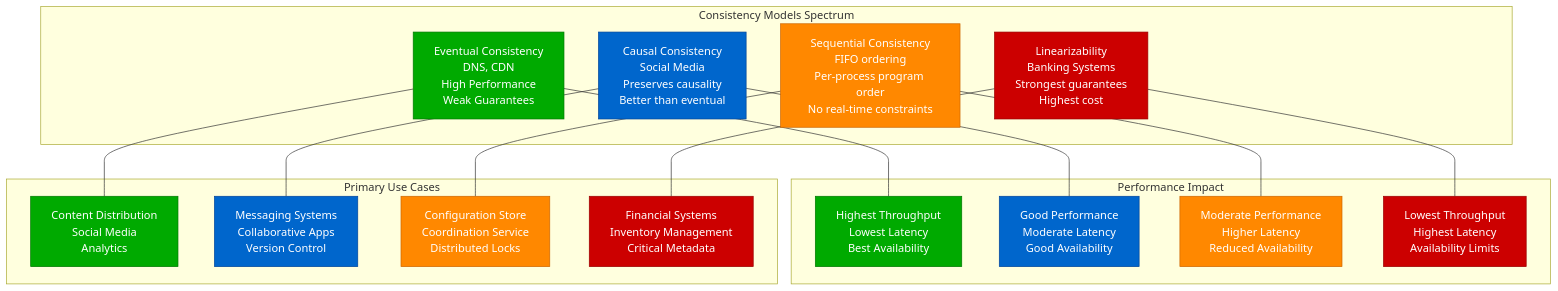
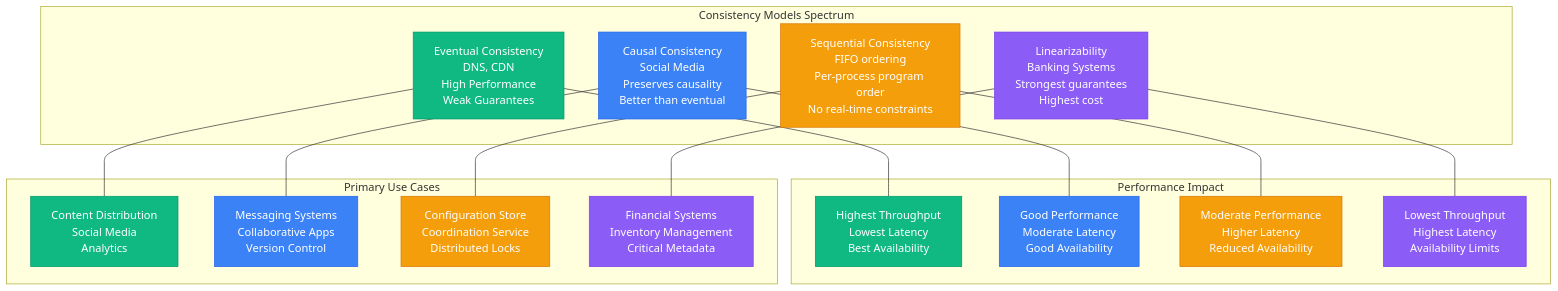
One commit to deepaucksharma/DS changed the first of 11 diagrams in site/docs/guarantees/linearizability/linearizability-tradeoffs.md. Above: the diagram before and after it, drawn with Mermaid. The commit also changed other lines of this file and 303 other files, not shown here.

````diff
--- a/site/docs/guarantees/linearizability/linearizability-tradeoffs.md
+++ b/site/docs/guarantees/linearizability/linearizability-tradeoffs.md
@@ -9,46 +9,46 @@
 ```mermaid
 graph TB
     subgraph ConsistencyModels[Consistency Models Spectrum]
         EC[Eventual Consistency<br/>DNS, CDN<br/>High Performance<br/>Weak Guarantees]
 
         CC[Causal Consistency<br/>Social Media<br/>Preserves causality<br/>Better than eventual]
 
         SC[Sequential Consistency<br/>FIFO ordering<br/>Per-process program order<br/>No real-time constraints]
 
         LC[Linearizability<br/>Banking Systems<br/>Strongest guarantees<br/>Highest cost]
     end
 
     subgraph PerformanceAxis[Performance Impact]
         P1[Highest Throughput<br/>Lowest Latency<br/>Best Availability]
         P2[Good Performance<br/>Moderate Latency<br/>Good Availability]
         P3[Moderate Performance<br/>Higher Latency<br/>Reduced Availability]
         P4[Lowest Throughput<br/>Highest Latency<br/>Availability Limits]
     end
 
     subgraph UseCases[Primary Use Cases]
         U1[Content Distribution<br/>Social Media<br/>Analytics]
         U2[Messaging Systems<br/>Collaborative Apps<br/>Version Control]
         U3[Configuration Store<br/>Coordination Service<br/>Distributed Locks]
         U4[Financial Systems<br/>Inventory Management<br/>Critical Metadata]
     end
 
     EC --- P1
     CC --- P2
     SC --- P3
     LC --- P4
 
     EC --- U1
     CC --- U2
     SC --- U3
     LC --- U4
 
-    classDef eventualStyle fill:#00AA00,stroke:#007700,color:#fff
-    classDef causalStyle fill:#0066CC,stroke:#004499,color:#fff
-    classDef sequentialStyle fill:#FF8800,stroke:#CC6600,color:#fff
-    classDef linearStyle fill:#CC0000,stroke:#990000,color:#fff
+    classDef eventualStyle fill:#10B981,stroke:#059669,color:#fff
+    classDef causalStyle fill:#3B82F6,stroke:#2563EB,color:#fff
+    classDef sequentialStyle fill:#F59E0B,stroke:#D97706,color:#fff
+    classDef linearStyle fill:#8B5CF6,stroke:#7C3AED,color:#fff
 
     class EC,P1,U1 eventualStyle
     class CC,P2,U2 causalStyle
     class SC,P3,U3 sequentialStyle
     class LC,P4,U4 linearStyle
 ```
````
